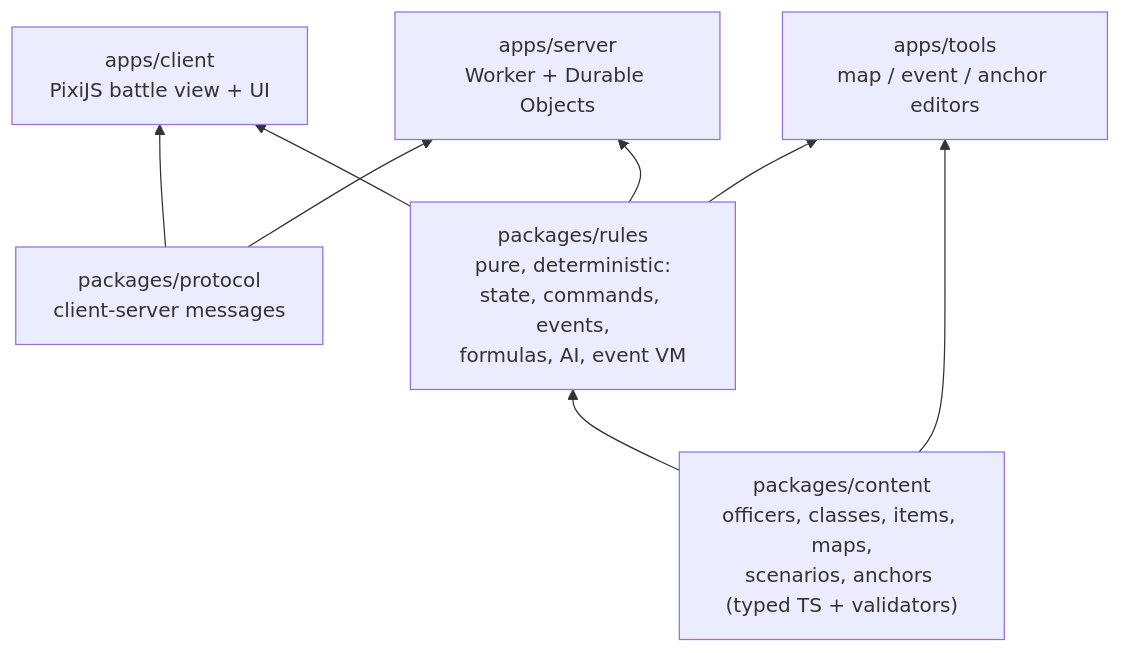
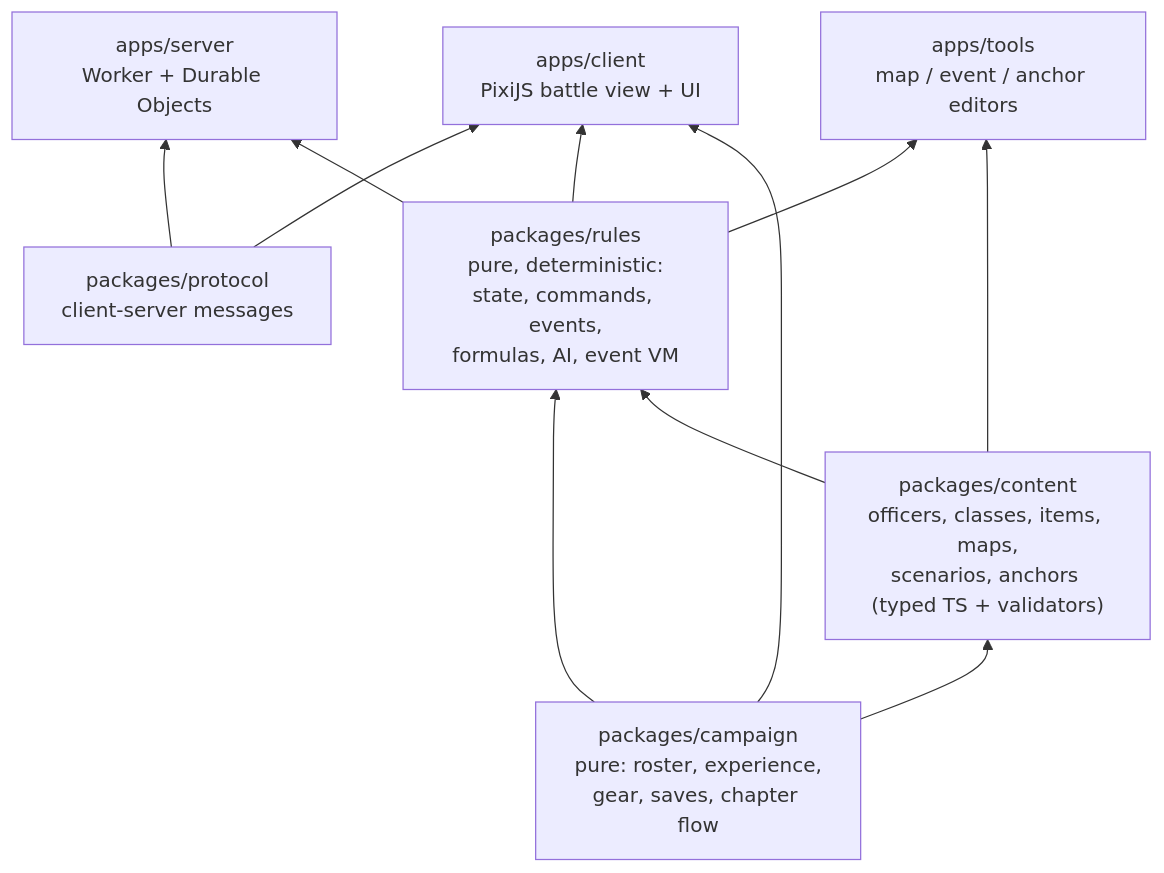
The second of 12 diagrams in docs/remake/ARCHITECTURE.md (dudueul/caocao), drawn with Mermaid before and after one commit. The commit also changed other lines of this file and 56 other files, not shown here.

First line of the commit message:
Client: title menu, Story screens, portraits, sound, saves and settings

````diff
--- a/docs/remake/ARCHITECTURE.md
+++ b/docs/remake/ARCHITECTURE.md
@@ -60,16 +61,20 @@
 ```mermaid
 flowchart BT
   rules["packages/rules<br/>pure, deterministic:<br/>state, commands, events,<br/>formulas, AI, event VM"]
   content["packages/content<br/>officers, classes, items, maps,<br/>scenarios, anchors (typed TS + validators)"]
   protocol["packages/protocol<br/>client-server messages"]
+  campaign["packages/campaign<br/>pure: roster, experience,<br/>gear, saves, chapter flow"]
   client["apps/client<br/>PixiJS battle view + UI"]
   server["apps/server<br/>Worker + Durable Objects"]
   tools["apps/tools<br/>map / event / anchor editors"]
   content --> rules
+  campaign --> content
+  campaign --> rules
+  campaign --> client
   rules --> client
   rules --> server
   protocol --> client
   protocol --> server
   content --> tools
   rules --> tools
 ```
````
